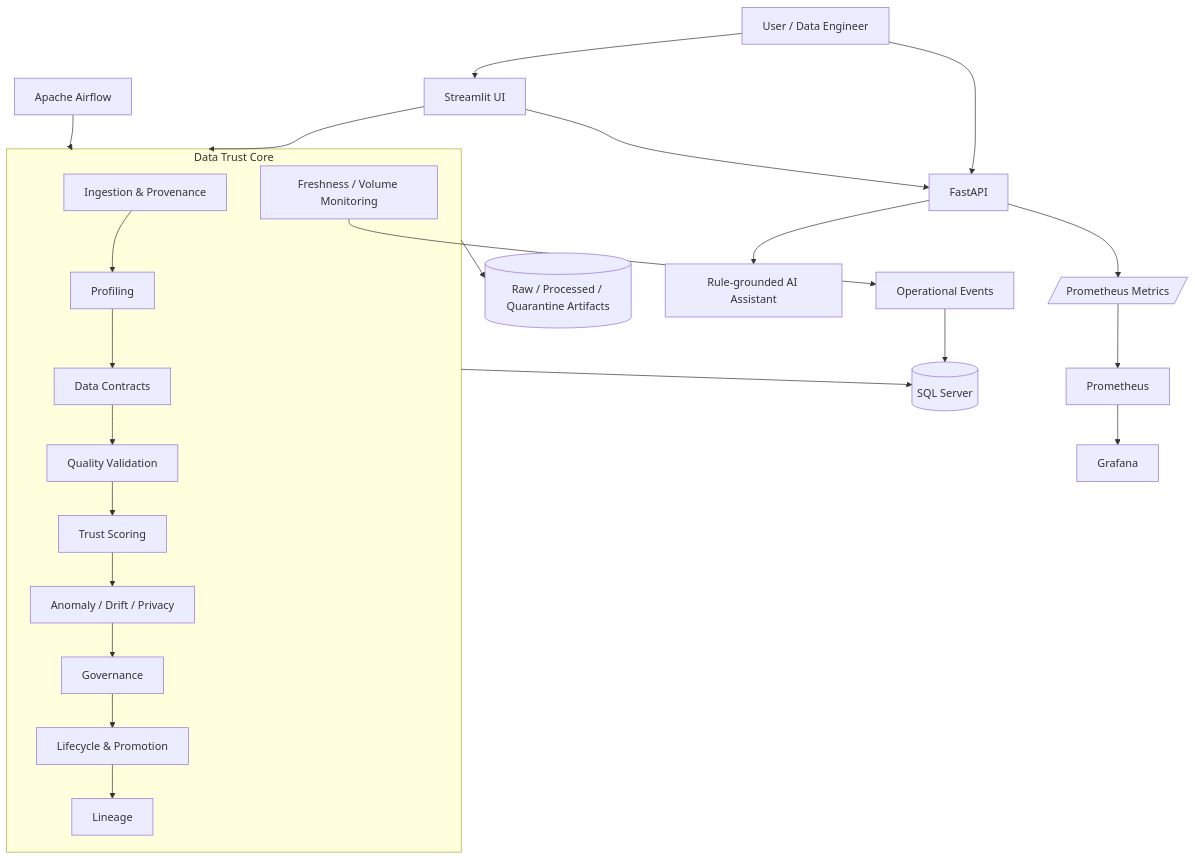
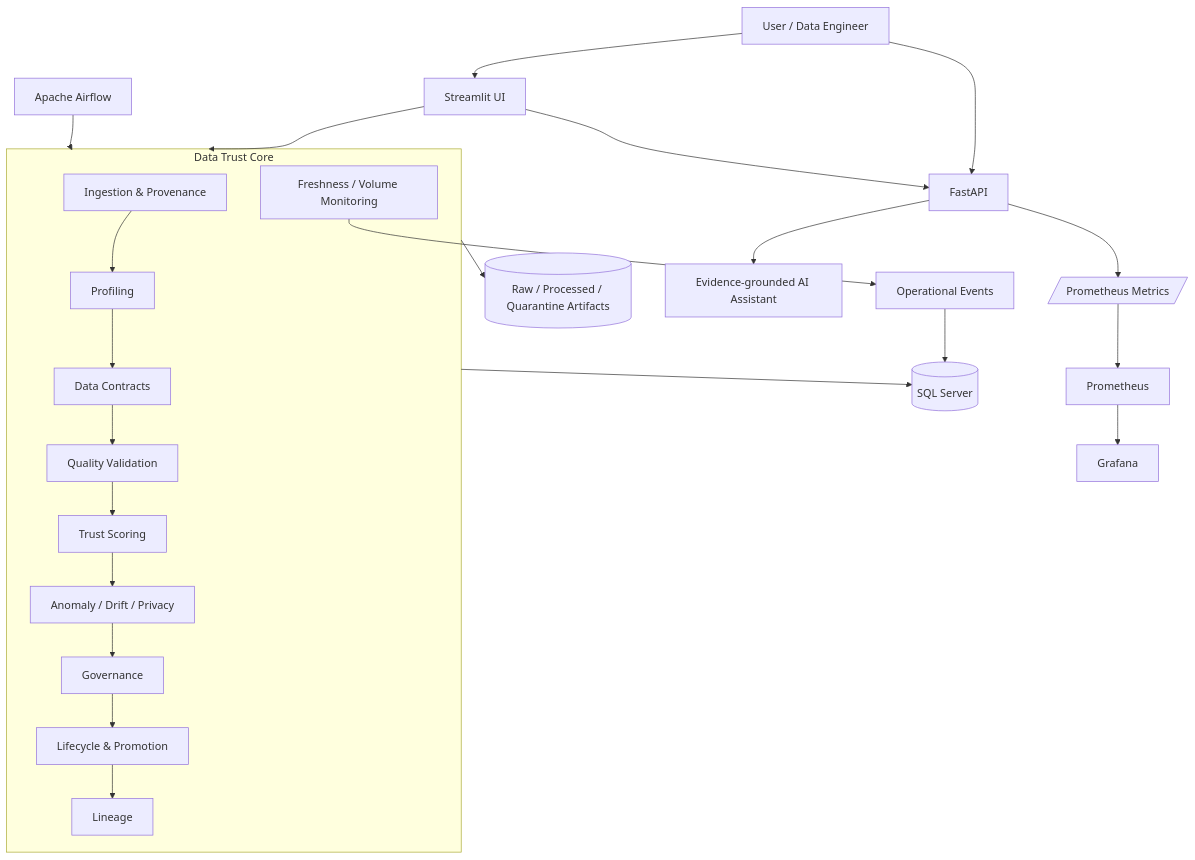
Before and after one commit to Hungnguyencode/ai-data-trust-platform: the first of 2 diagrams in README.md, drawn with Mermaid. The commit also changed other lines of this file, not shown here.

Commit message:
docs(ai): document grounded LLM assistant architecture

````diff
--- a/README.md
+++ b/README.md
@@ -61,46 +61,46 @@
 ```mermaid
 flowchart TB
     USER[User / Data Engineer]
 
     USER --> UI[Streamlit UI]
     USER --> API[FastAPI]
 
     UI --> API
     UI --> CORE
 
     AIRFLOW[Apache Airflow] --> CORE
 
     subgraph CORE[Data Trust Core]
         INGEST[Ingestion & Provenance]
         PROFILE[Profiling]
         CONTRACT[Data Contracts]
         QUALITY[Quality Validation]
         SCORE[Trust Scoring]
         ADVANCED[Anomaly / Drift / Privacy]
         GOVERNANCE[Governance]
         LIFECYCLE[Lifecycle & Promotion]
         LINEAGE[Lineage]
         OBS[Freshness / Volume Monitoring]
     end
 
     INGEST --> PROFILE
     PROFILE --> CONTRACT
     CONTRACT --> QUALITY
     QUALITY --> SCORE
     SCORE --> ADVANCED
     ADVANCED --> GOVERNANCE
     GOVERNANCE --> LIFECYCLE
     LIFECYCLE --> LINEAGE
 
     CORE --> SQL[(SQL Server)]
     CORE --> STORAGE[(Raw / Processed / Quarantine Artifacts)]
 
-    API --> AI[Rule-grounded AI Assistant]
+    API --> AI[Evidence-grounded AI Assistant]
 
     API --> METRICS[/Prometheus Metrics/]
     METRICS --> PROM[Prometheus]
     PROM --> GRAFANA[Grafana]
 
     OBS --> EVENTS[Operational Events]
     EVENTS --> SQL
 ```
````
